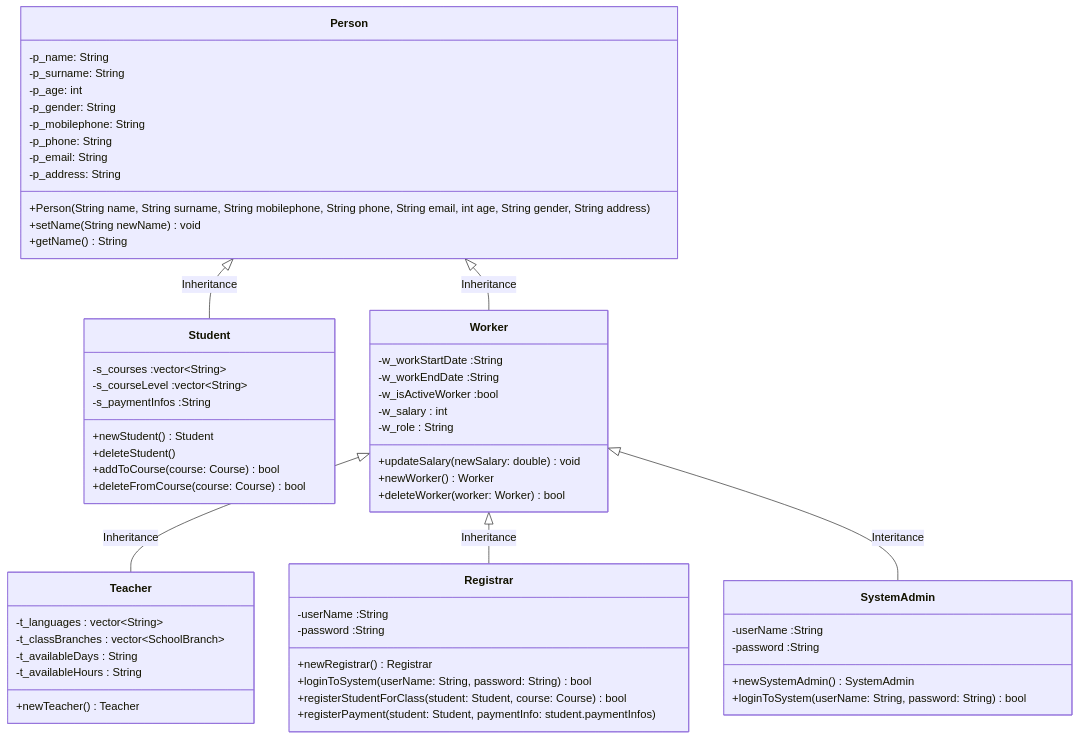
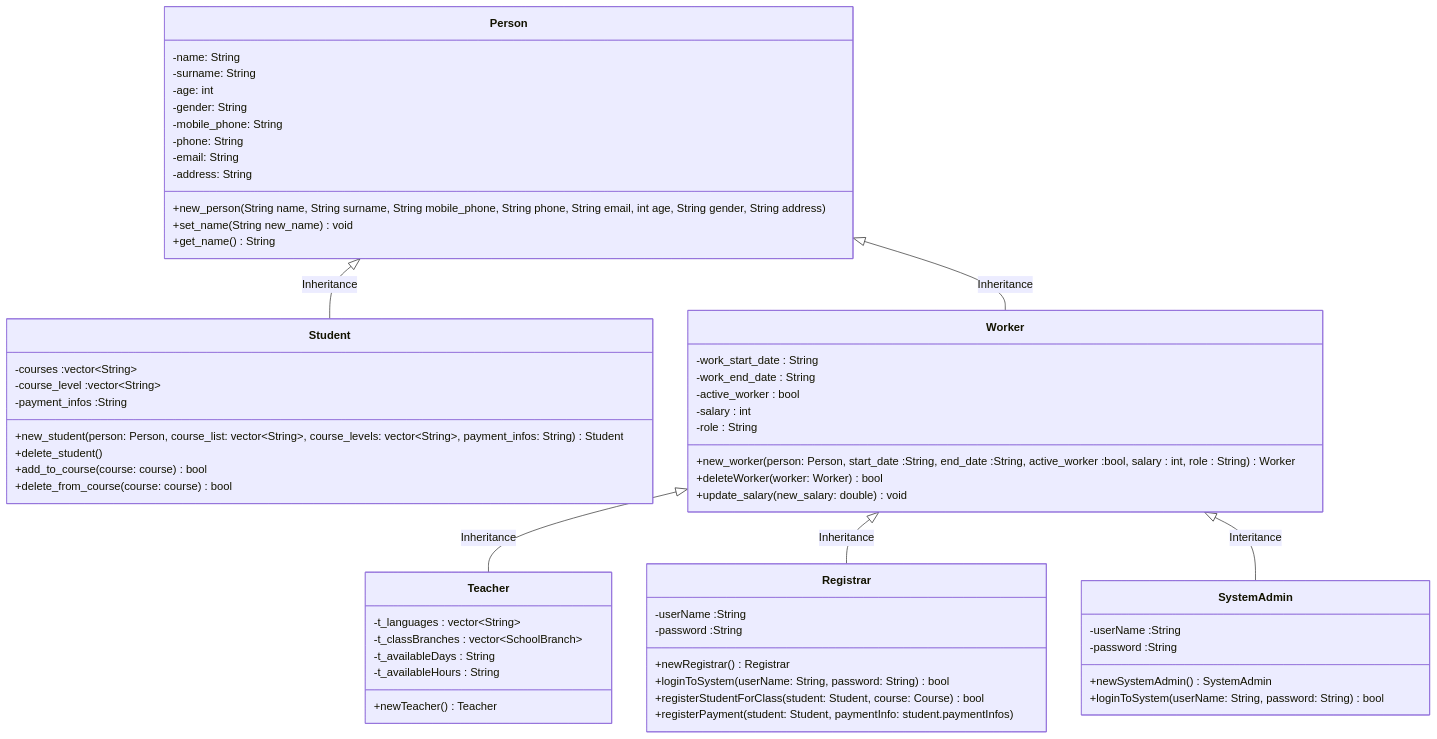
Before and after one commit to ondergormez/BLM3722_Software_Engineering: the second of 4 diagrams in Project/UML_Diag.md, drawn with Mermaid.

Commit message:
UML diag. upd.

````diff
--- a/Project/UML_Diag.md
+++ b/Project/UML_Diag.md
@@ -61,70 +61,70 @@
 ```mermaid
 classDiagram
     Person <|-- Student : Inheritance
     Person <|-- Worker : Inheritance
     Worker <|-- Teacher : Inheritance
     Worker <|-- Registrar : Inheritance
     Worker <|-- SystemAdmin: Interitance
 
     class Person{
-    -p_name: String
-    -p_surname: String
-    -p_age: int
-    -p_gender: String
-    -p_mobilephone: String
-    -p_phone: String
-    -p_email: String
-    -p_address: String
-    +Person(String name, String surname, String mobilephone, String phone, String email, int age, String gender, String address)
-    +setName(String newName) void
-    +getName() String
+    -name: String
+    -surname: String
+    -age: int
+    -gender: String
+    -mobile_phone: String
+    -phone: String
+    -email: String
+    -address: String
+    +new_person(String name, String surname, String mobile_phone, String phone, String email, int age, String gender, String address)
+    +set_name(String new_name) void
+    +get_name() String
     }
 
 
     class Student{
-      -s_courses :vector~String~ 
-      -s_courseLevel :vector~String~ 
-      -s_paymentInfos :String 
-      +newStudent() Student
-      +deleteStudent()
-      +addToCourse(course: Course) bool
-      +deleteFromCourse(course: Course) bool
+      -courses :vector~String~ 
+      -course_level :vector~String~ 
+      -payment_infos :String 
+      +new_student(person: Person, course_list: vector~String~, course_levels: vector~String~, payment_infos: String) Student
+      +delete_student()
+      +add_to_course(course: course) bool
+      +delete_from_course(course: course) bool
     }
 
     class Worker{
-      -w_workStartDate :String 
-      -w_workEndDate :String 
-      -w_isActiveWorker :bool 
-      -w_salary : int 
-      -w_role : String
-      +updateSalary(newSalary: double) void
-      +newWorker() Worker
+      -work_start_date : String 
+      -work_end_date : String 
+      -active_worker : bool 
+      -salary : int 
+      -role : String
+      +new_worker(person: Person, start_date :String, end_date :String, active_worker :bool, salary : int,  role : String) Worker
       +deleteWorker(worker: Worker) bool
+      +update_salary(new_salary: double) void
     }
     
     class Teacher{
       -t_languages : vector~String~ 
       -t_classBranches : vector~SchoolBranch~ 
       -t_availableDays : String 
       -t_availableHours : String 
       +newTeacher()  Teacher
     }
 
     class Registrar{
       -userName :String
       -password :String
       +newRegistrar() Registrar
       +loginToSystem(userName: String, password: String) bool
       +registerStudentForClass(student: Student, course: Course) bool 
       +registerPayment(student: Student, paymentInfo: student.paymentInfos)
     }
 
     class SystemAdmin{
       -userName :String
       -password :String
       +newSystemAdmin() SystemAdmin
       +loginToSystem(userName: String, password: String) bool
     }
 
 
 ```
````
